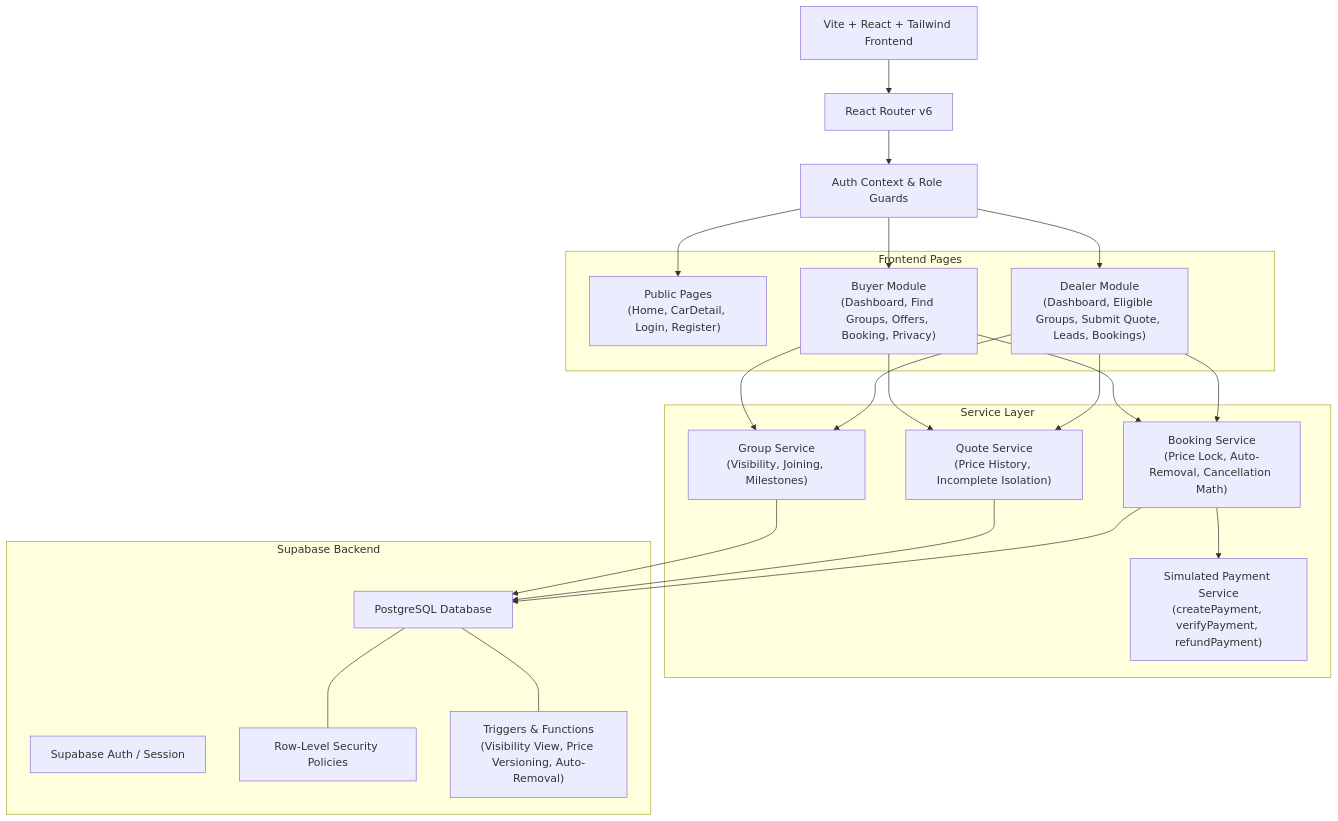
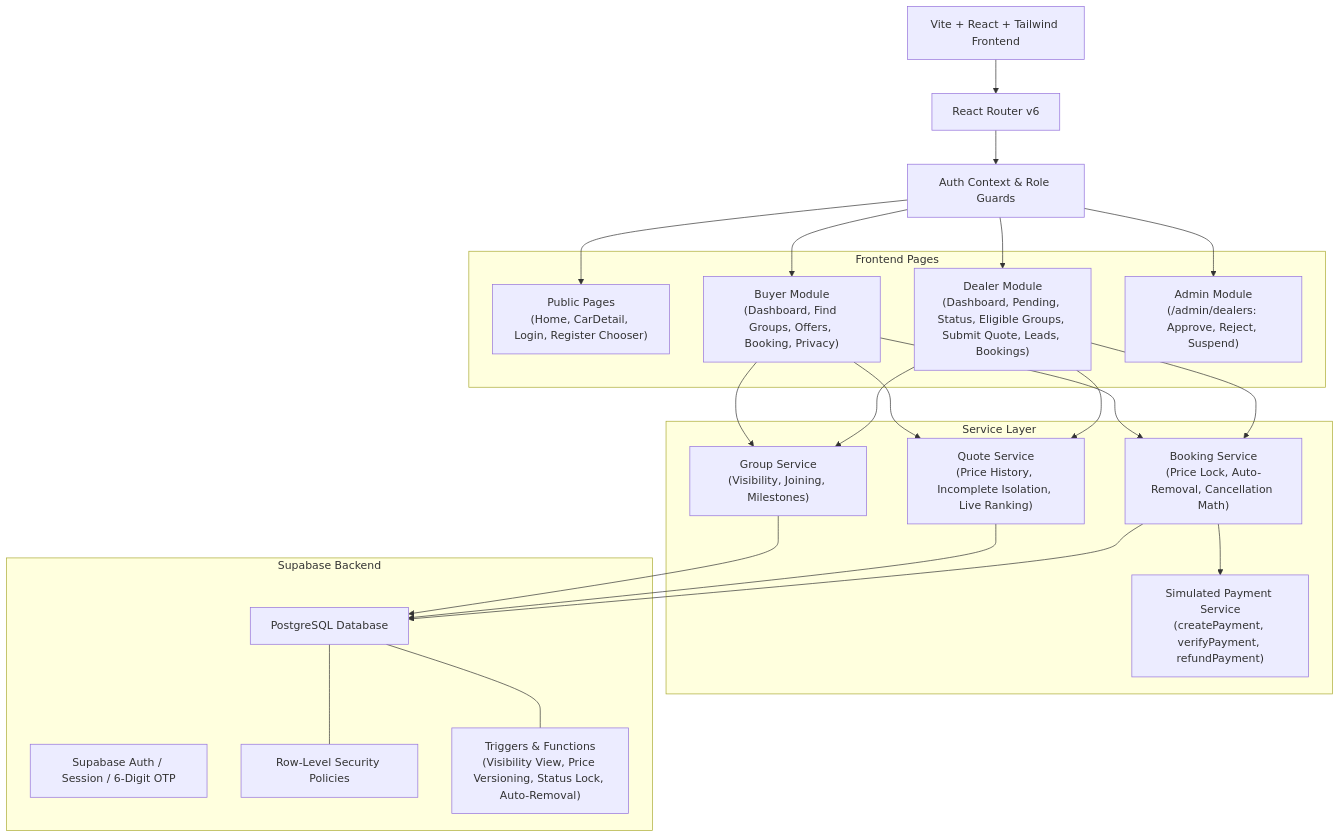
Before and after one commit to mokshithk/group-car-buying: the diagram in docs/architecture.md, drawn with Mermaid. The commit also changed other lines of this file and 22 other files, not shown here.

````diff
--- a/docs/architecture.md
+++ b/docs/architecture.md
@@ -11,47 +11,49 @@
 ```mermaid
 graph TD
     Client["Vite + React + Tailwind Frontend"]
     Router["React Router v6"]
     AuthContext["Auth Context & Role Guards"]
     
     subgraph Frontend Pages
-        Public["Public Pages\n(Home, CarDetail, Login, Register)"]
+        Public["Public Pages\n(Home, CarDetail, Login, Register Chooser)"]
         Buyer["Buyer Module\n(Dashboard, Find Groups, Offers, Booking, Privacy)"]
-        Dealer["Dealer Module\n(Dashboard, Eligible Groups, Submit Quote, Leads, Bookings)"]
+        Dealer["Dealer Module\n(Dashboard, Pending, Status, Eligible Groups, Submit Quote, Leads, Bookings)"]
+        Admin["Admin Module\n(/admin/dealers: Approve, Reject, Suspend)"]
     end
 
     subgraph Service Layer
         GroupSvc["Group Service\n(Visibility, Joining, Milestones)"]
-        QuoteSvc["Quote Service\n(Price History, Incomplete Isolation)"]
+        QuoteSvc["Quote Service\n(Price History, Incomplete Isolation, Live Ranking)"]
         BookingSvc["Booking Service\n(Price Lock, Auto-Removal, Cancellation Math)"]
         PaymentSvc["Simulated Payment Service\n(createPayment, verifyPayment, refundPayment)"]
     end
 
     subgraph Supabase Backend
-        Auth["Supabase Auth / Session"]
+        Auth["Supabase Auth / Session / 6-Digit OTP"]
         Postgres["PostgreSQL Database"]
         RLS["Row-Level Security Policies"]
-        Triggers["Triggers & Functions\n(Visibility View, Price Versioning, Auto-Removal)"]
+        Triggers["Triggers & Functions\n(Visibility View, Price Versioning, Status Lock, Auto-Removal)"]
     end
 
     Client --> Router
     Router --> AuthContext
     AuthContext --> Public
     AuthContext --> Buyer
     AuthContext --> Dealer
+    AuthContext --> Admin
     
     Buyer --> GroupSvc
     Buyer --> QuoteSvc
     Buyer --> BookingSvc
     BookingSvc --> PaymentSvc
     
     Dealer --> GroupSvc
     Dealer --> QuoteSvc
     Dealer --> BookingSvc
     
     GroupSvc --> Postgres
     QuoteSvc --> Postgres
     BookingSvc --> Postgres
     Postgres --- RLS
     Postgres --- Triggers
 ```
````
